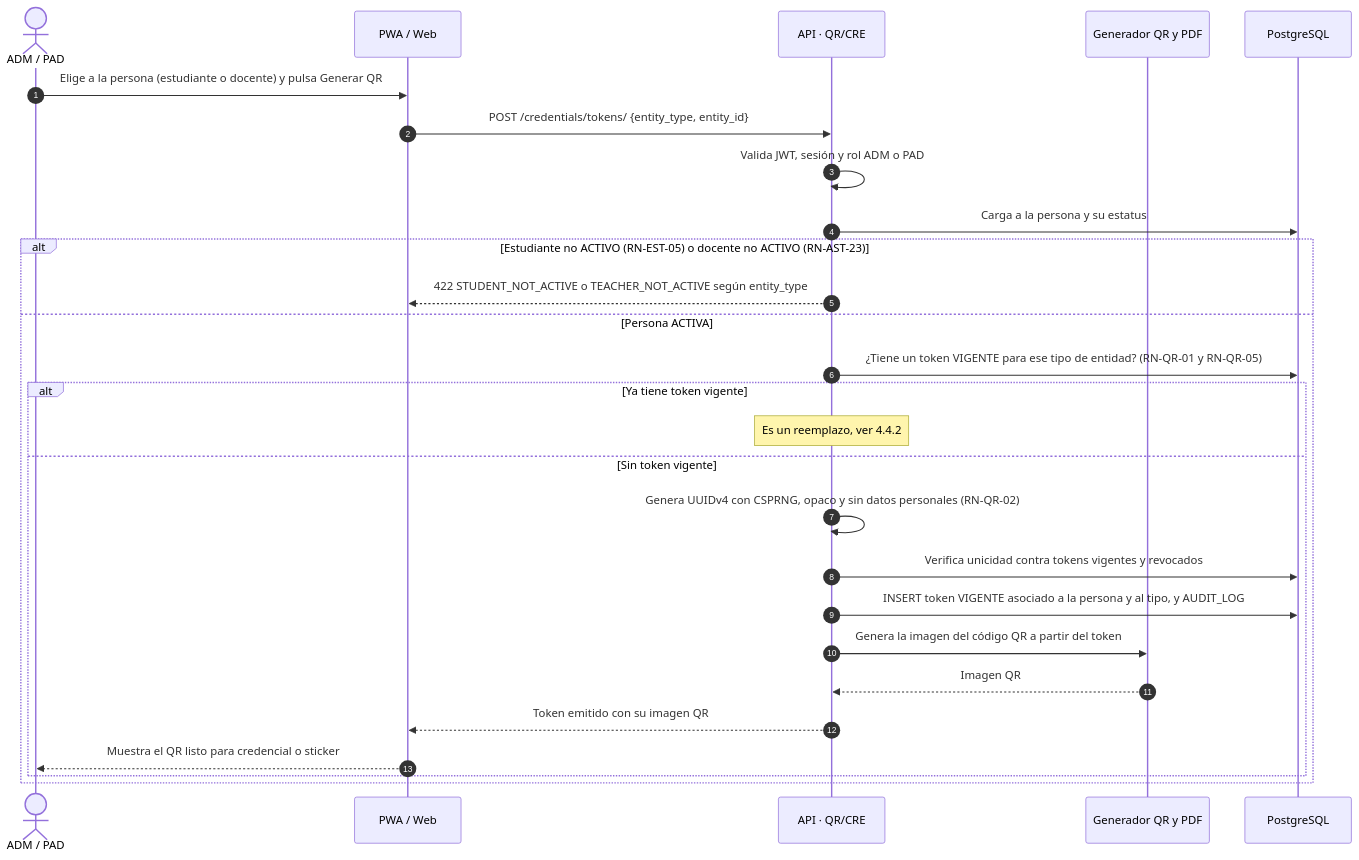
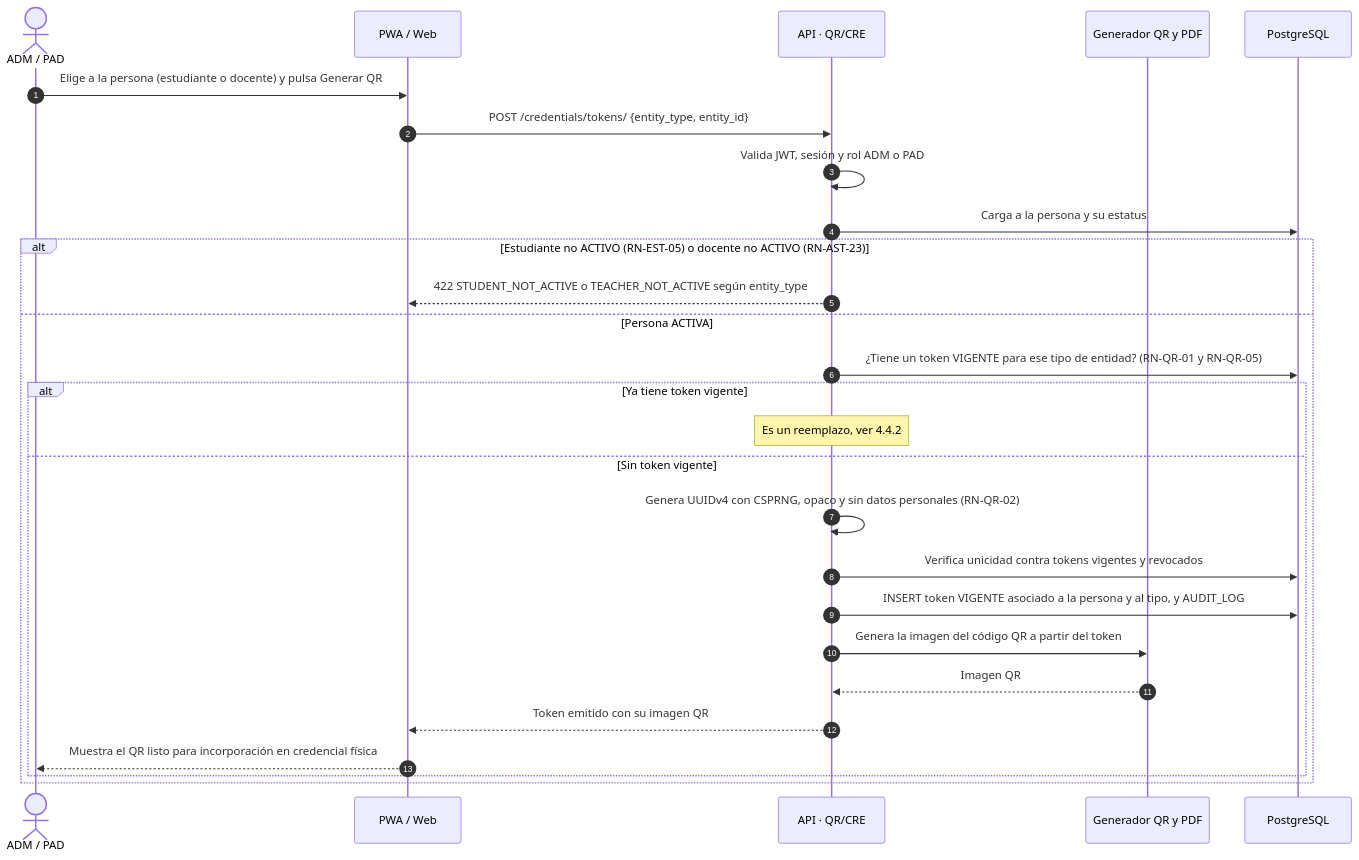
One commit to migolitofirmaditocmd/SIGE changed the ninth of 24 diagrams in docs/3 Arquitectura de software/SIGE_Diagramas_de_Secuencia_v1.1.md. Above: the diagram before and after it, drawn with Mermaid. The commit also changed other lines of this file and 48 other files, not shown here.

````diff
--- a/docs/3 Arquitectura de software/SIGE_Diagramas_de_Secuencia_v1.1.md
+++ b/docs/3 Arquitectura de software/SIGE_Diagramas_de_Secuencia_v1.1.md
@@ -410,30 +451,30 @@
 ```mermaid
 sequenceDiagram
     autonumber
     actor O as ADM / PAD
     participant W as PWA / Web
     participant Q as API · QR/CRE
     participant G as Generador QR y PDF
     participant DB as PostgreSQL
 
     O->>W: Elige a la persona (estudiante o docente) y pulsa Generar QR
     W->>Q: POST /credentials/tokens/ {entity_type, entity_id}
     Q->>Q: Valida JWT, sesión y rol ADM o PAD
     Q->>DB: Carga a la persona y su estatus
     alt Estudiante no ACTIVO (RN-EST-05) o docente no ACTIVO (RN-AST-23)
         Q-->>W: 422 STUDENT_NOT_ACTIVE o TEACHER_NOT_ACTIVE según entity_type
     else Persona ACTIVA
         Q->>DB: ¿Tiene un token VIGENTE para ese tipo de entidad? (RN-QR-01 y RN-QR-05)
         alt Ya tiene token vigente
             Note over Q: Es un reemplazo, ver 4.4.2
         else Sin token vigente
             Q->>Q: Genera UUIDv4 con CSPRNG, opaco y sin datos personales (RN-QR-02)
             Q->>DB: Verifica unicidad contra tokens vigentes y revocados
             Q->>DB: INSERT token VIGENTE asociado a la persona y al tipo, y AUDIT_LOG
             Q->>G: Genera la imagen del código QR a partir del token
             G-->>Q: Imagen QR
             Q-->>W: Token emitido con su imagen QR
-            W-->>O: Muestra el QR listo para credencial o sticker
+            W-->>O: Muestra el QR listo para incorporación en credencial física
         end
     end
 ```
````
